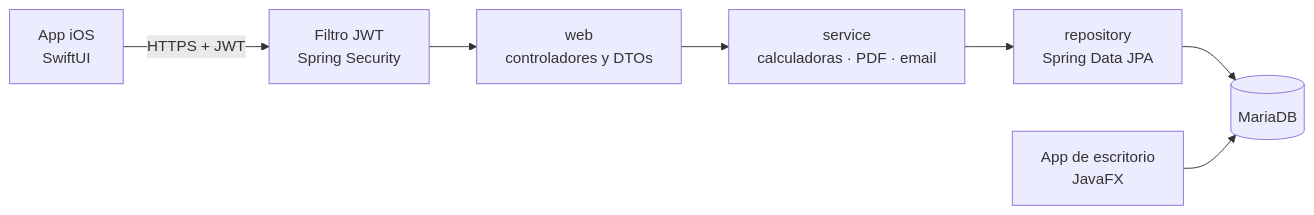
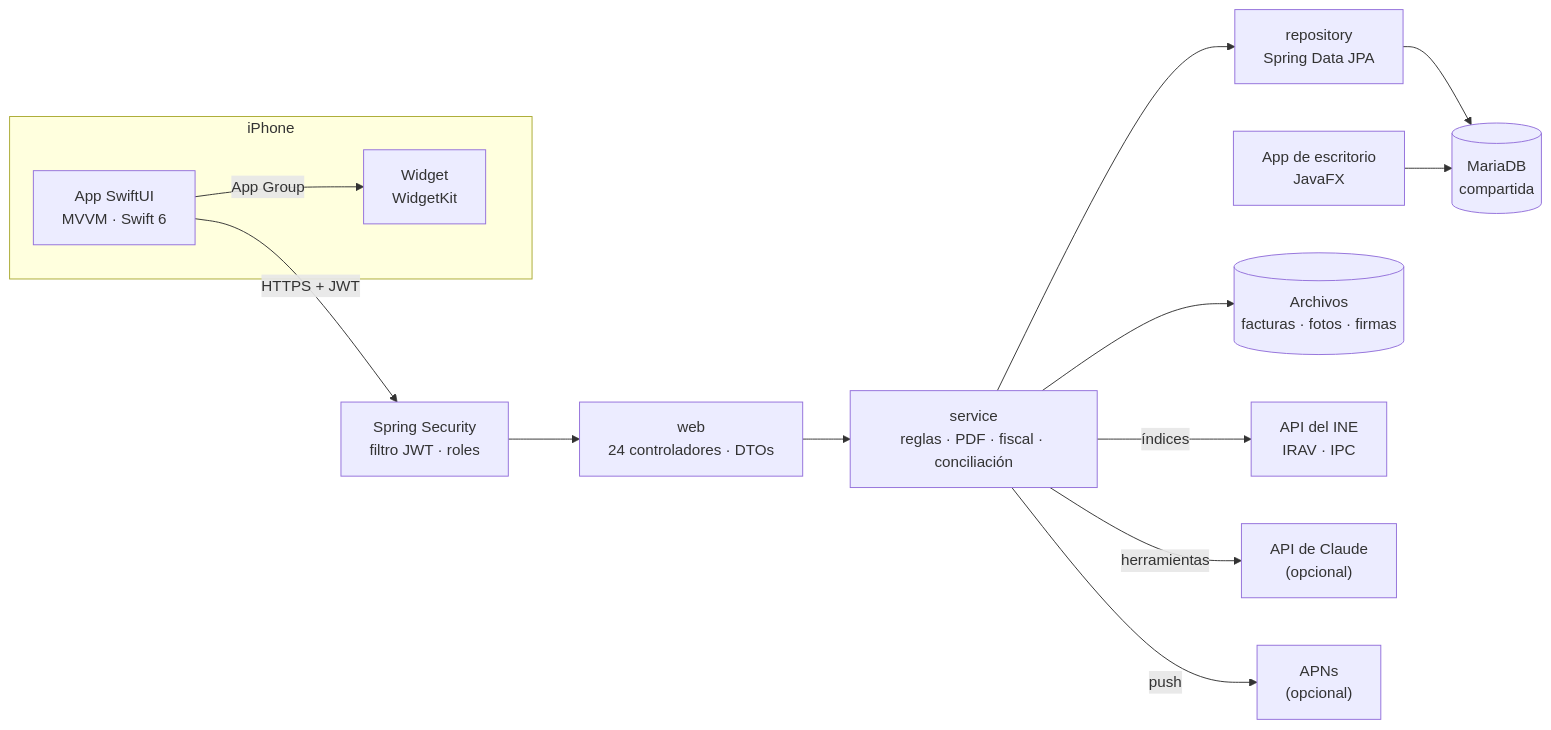
Before and after one commit to nelsongomezsa/gestionapro: the diagram in README.md, drawn with Mermaid. The commit also changed other lines of this file and 1 other file, not shown here.

````diff
--- a/README.md
+++ b/README.md
@@ -64,9 +60,18 @@
 ```mermaid
 flowchart LR
-    iOS["App iOS<br/>SwiftUI"] -->|HTTPS + JWT| F["Filtro JWT<br/>Spring Security"]
-    F --> W["web<br/>controladores y DTOs"]
-    W --> S["service<br/>calculadoras · PDF · email"]
-    S --> R["repository<br/>Spring Data JPA"]
-    R --> DB[("MariaDB")]
+    subgraph iPhone
+        APP["App SwiftUI<br/>MVVM · Swift 6"]
+        WID["Widget<br/>WidgetKit"]
+        APP -- App Group --> WID
+    end
+    APP -->|HTTPS + JWT| SEC["Spring Security<br/>filtro JWT · roles"]
+    SEC --> WEB["web<br/>24 controladores · DTOs"]
+    WEB --> SRV["service<br/>reglas · PDF · fiscal · conciliación"]
+    SRV --> REPO["repository<br/>Spring Data JPA"]
+    REPO --> DB[("MariaDB<br/>compartida")]
     ESC["App de escritorio<br/>JavaFX"] --> DB
+    SRV --> FS[("Archivos<br/>facturas · fotos · firmas")]
+    SRV -->|índices| INE["API del INE<br/>IRAV · IPC"]
+    SRV -->|herramientas| IA["API de Claude<br/>(opcional)"]
+    SRV -->|push| APNS["APNs<br/>(opcional)"]
 ```
````
